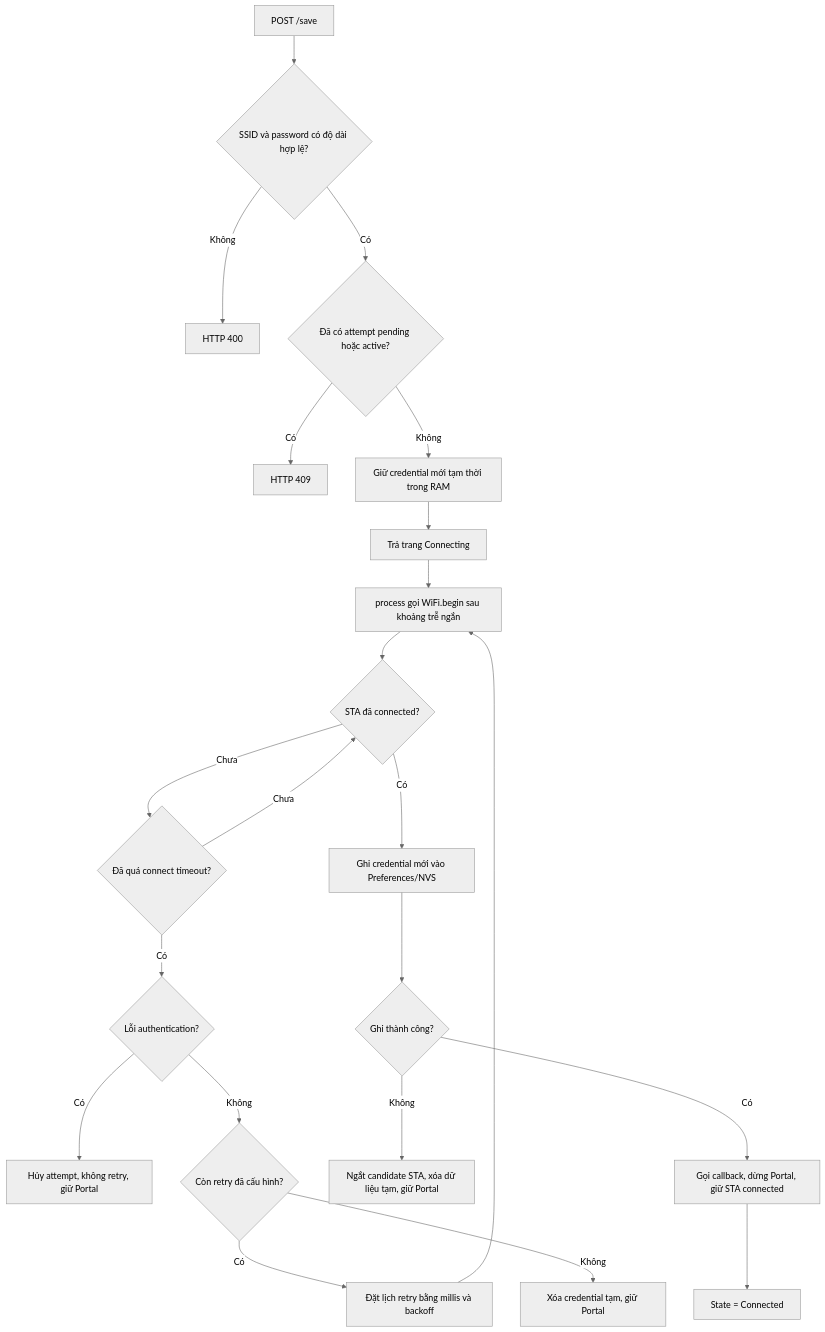
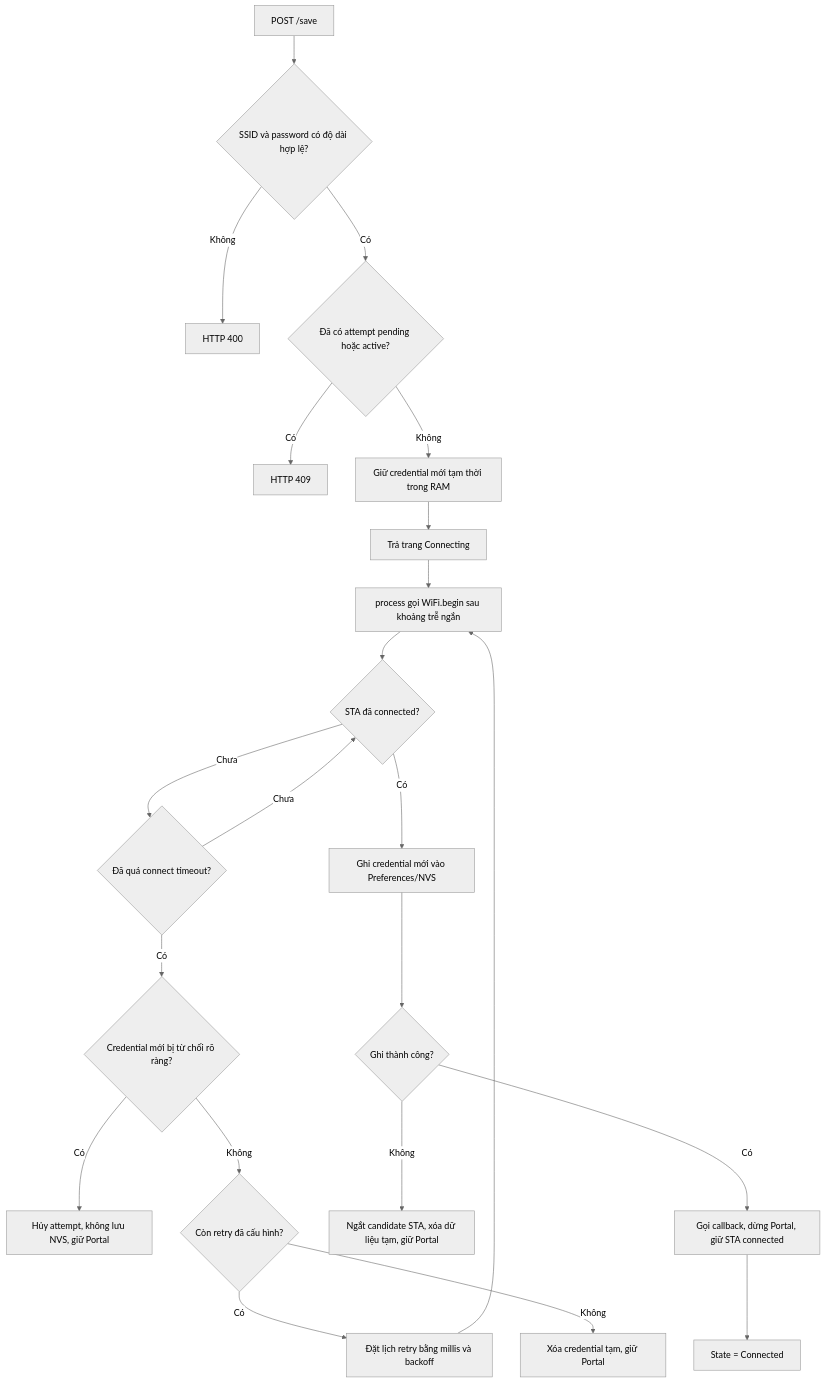
The fourth of 7 diagrams in docs/FlowChart.md (NguyenHien-8/ESP32WiFiPortal), drawn with Mermaid (neutral theme) before and after one commit. The commit also changed other lines of this file and 4 other files, not shown here.

````diff
--- a/docs/FlowChart.md
+++ b/docs/FlowChart.md
@@ -77,24 +79,24 @@
 ```mermaid
 flowchart TD
     A[POST /save] --> B{SSID và password có độ dài hợp lệ?}
     B -- Không --> C[HTTP 400]
     B -- Có --> D{Đã có attempt pending hoặc active?}
     D -- Có --> E[HTTP 409]
     D -- Không --> F[Giữ credential mới tạm thời trong RAM]
     F --> G[Trả trang Connecting]
     G --> H[process gọi WiFi.begin sau khoảng trễ ngắn]
     H --> I{STA đã connected?}
     I -- Chưa --> J{Đã quá connect timeout?}
     J -- Chưa --> I
-    J -- Có --> K{Lỗi authentication?}
-    K -- Có --> L[Hủy attempt, không retry, giữ Portal]
+    J -- Có --> K{Credential mới bị từ chối rõ ràng?}
+    K -- Có --> L[Hủy attempt, không lưu NVS, giữ Portal]
     K -- Không --> R{Còn retry đã cấu hình?}
     R -- Có --> S[Đặt lịch retry bằng millis và backoff]
     S --> H
     R -- Không --> T[Xóa credential tạm, giữ Portal]
     I -- Có --> M[Ghi credential mới vào Preferences/NVS]
     M --> N{Ghi thành công?}
     N -- Không --> O[Ngắt candidate STA, xóa dữ liệu tạm, giữ Portal]
     N -- Có --> P[Gọi callback, dừng Portal, giữ STA connected]
     P --> Q[State = Connected]
 ```
````
